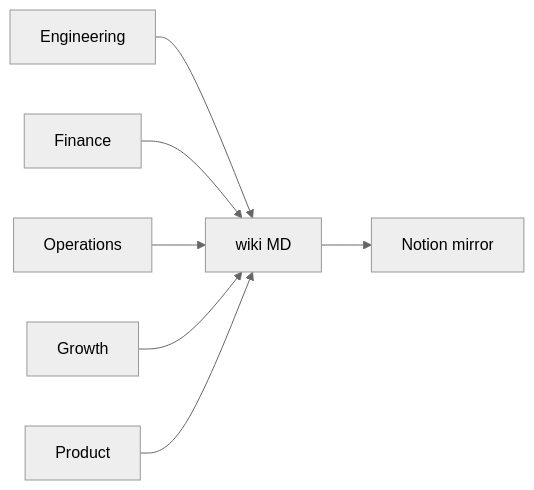
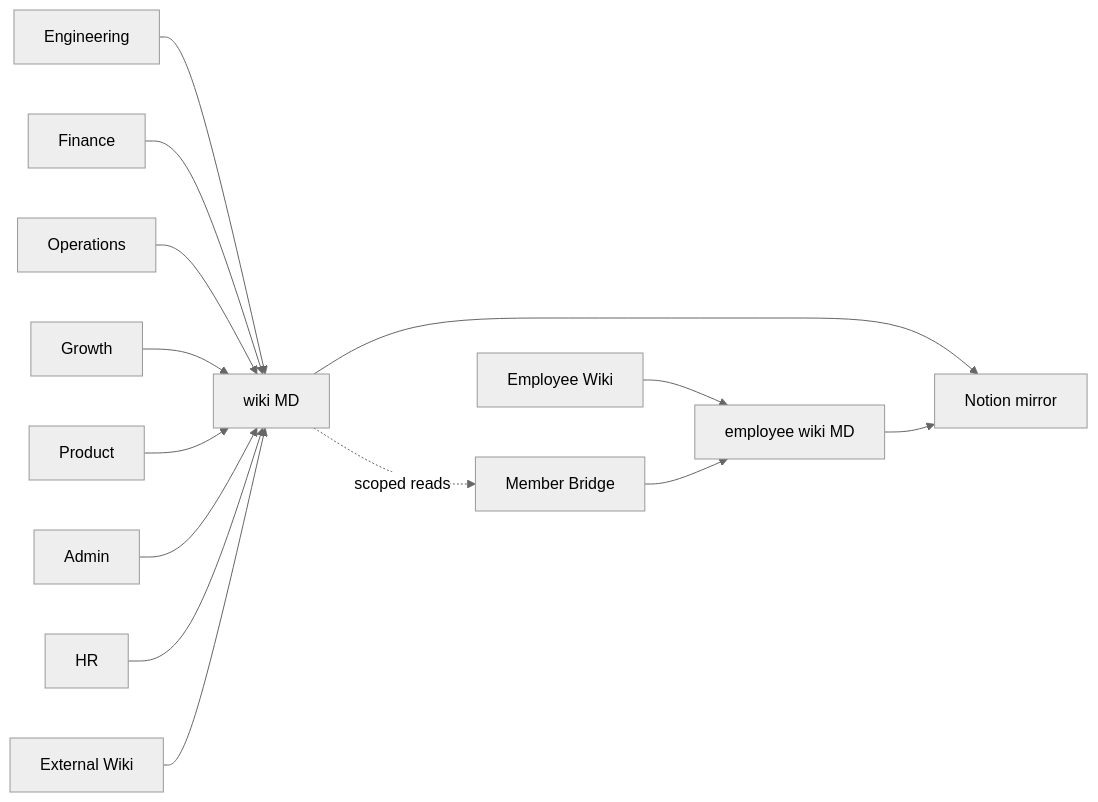
Before and after one commit to NickyHeC/4r7a: the diagram in docs/agents/README.md, drawn with Mermaid (neutral theme). The commit also changed other lines of this file and 95 other files, not shown here.

````diff
--- a/docs/agents/README.md
+++ b/docs/agents/README.md
@@ -7,9 +7,16 @@
 ```mermaid
 flowchart LR
   ENG[Engineering] --> WIKI[wiki MD]
   FIN[Finance] --> WIKI
   OPS[Operations] --> WIKI
   GRO[Growth] --> WIKI
   PRO[Product] --> WIKI
+  ADM[Admin] --> WIKI
+  HR[HR] --> WIKI
+  EXT[External Wiki] --> WIKI
+  EW[Employee Wiki] --> EWIKI[employee wiki MD]
+  WIKI -. scoped reads .-> BR[Member Bridge]
+  BR --> EWIKI
   WIKI --> Notion[Notion mirror]
+  EWIKI --> Notion
 ```
````
